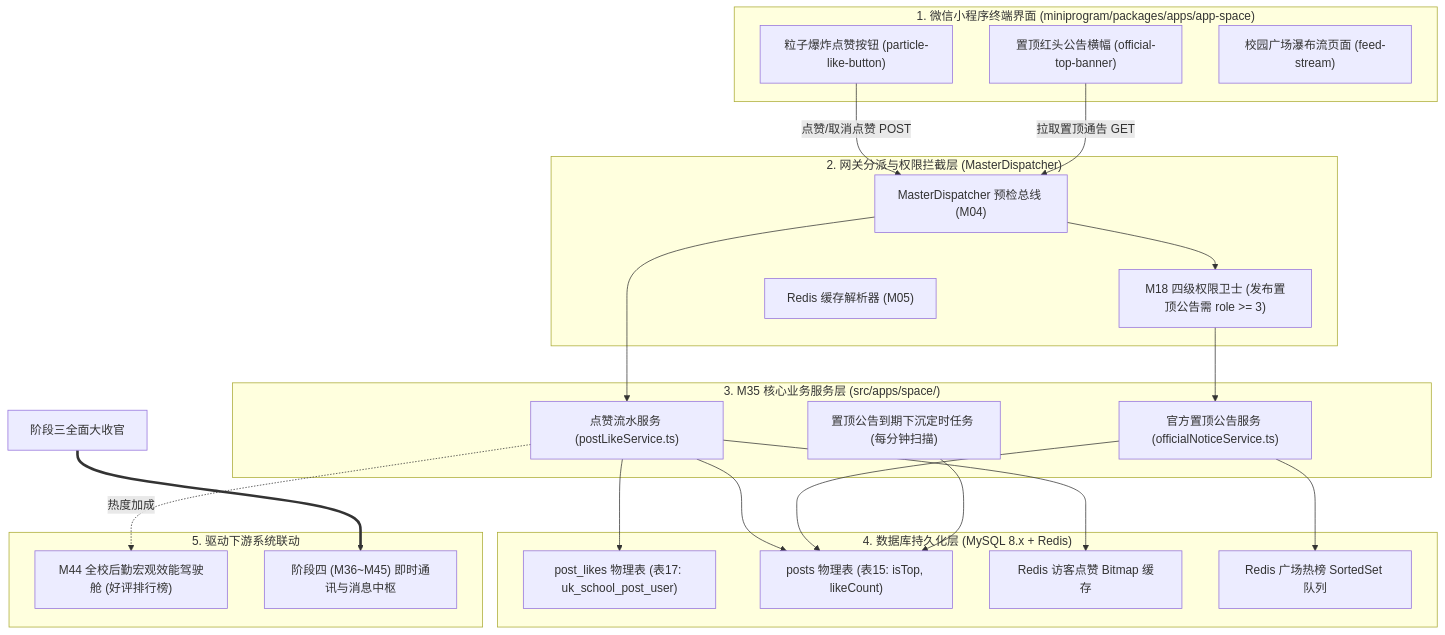
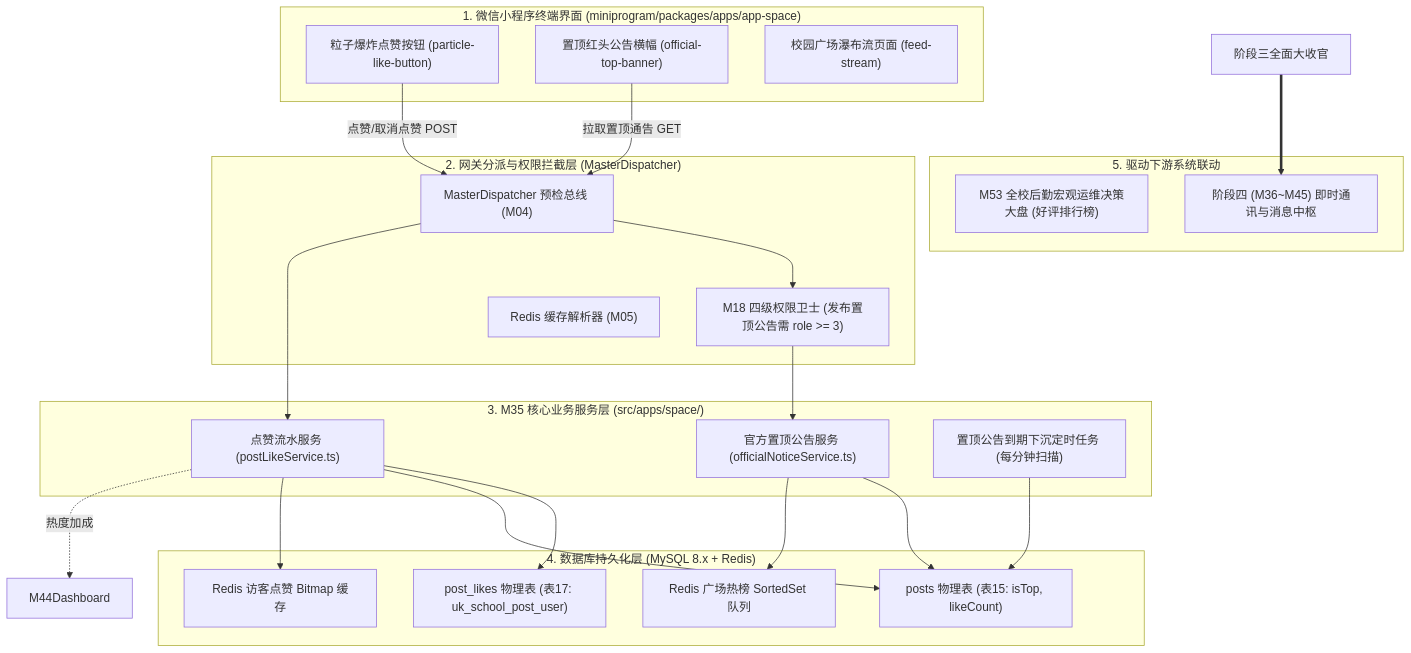
The second of 6 diagrams in Docs/模块/M35_广场动态点赞互动与官方公告置顶详细设计与实现方案.md (tiany-z/QuickPatrol), drawn with Mermaid before and after one commit. The commit also changed other lines of this file and 812 other files, not shown here.

````diff
--- a/Docs/模块/M35_广场动态点赞互动与官方公告置顶详细设计与实现方案.md
+++ b/Docs/模块/M35_广场动态点赞互动与官方公告置顶详细设计与实现方案.md
@@ -189,48 +189,48 @@
 ```mermaid
 flowchart TB
     subgraph LayerWeChat["1. 微信小程序终端界面 (miniprogram/packages/apps/app-space)"]
         ButtonParticle["粒子爆炸点赞按钮 (particle-like-button)"]
         TopBanner["置顶红头公告横幅 (official-top-banner)"]
         PageStream["校园广场瀑布流页面 (feed-stream)"]
     end
 
     subgraph LayerDispatcher["2. 网关分派与权限拦截层 (MasterDispatcher)"]
         Dispatcher["MasterDispatcher 预检总线 (M04)"]
         AuthGuard["M18 四级权限卫士 (发布置顶公告需 role >= 3)"]
         CacheResolver["Redis 缓存解析器 (M05)"]
     end
 
     subgraph LayerCoreService["3. M35 核心业务服务层 (src/apps/space/)"]
         LikeService["点赞流水服务 (postLikeService.ts)"]
         NoticeService["官方置顶公告服务 (officialNoticeService.ts)"]
         DecayCronJob["置顶公告到期下沉定时任务 (每分钟扫描)"]
     end
 
     subgraph LayerStorage["4. 数据库持久化层 (MySQL 8.x + Redis)"]
         TableLikes["post_likes 物理表 (表17: uk_school_post_user)"]
         TablePosts["posts 物理表 (表15: isTop, likeCount)"]
         RedisBitmap["Redis 访客点赞 Bitmap 缓存"]
         RedisHotFeeds["Redis 广场热榜 SortedSet 队列"]
     end
 
     subgraph LayerDownstream["5. 驱动下游系统联动"]
-        M44Dashboard["M44 全校后勤宏观效能驾驶舱 (好评排行榜)"]
+        M53Dashboard["M53 全校后勤宏观运维决策大盘 (好评排行榜)"]
         Phase4Chat["阶段四 (M36~M45) 即时通讯与消息中枢"]
     end
 
     ButtonParticle -->|"点赞/取消点赞 POST"| Dispatcher
     TopBanner -->|"拉取置顶通告 GET"| Dispatcher
     Dispatcher --> AuthGuard --> NoticeService
     Dispatcher --> LikeService
 
     LikeService --> TableLikes
     LikeService --> TablePosts
     LikeService --> RedisBitmap
 
     NoticeService --> TablePosts
     NoticeService --> RedisHotFeeds
     DecayCronJob --> TablePosts
 
     LikeService -.->|"热度加成"| M44Dashboard
     M35_Done["阶段三全面大收官"] ==> Phase4Chat
 ```
````
